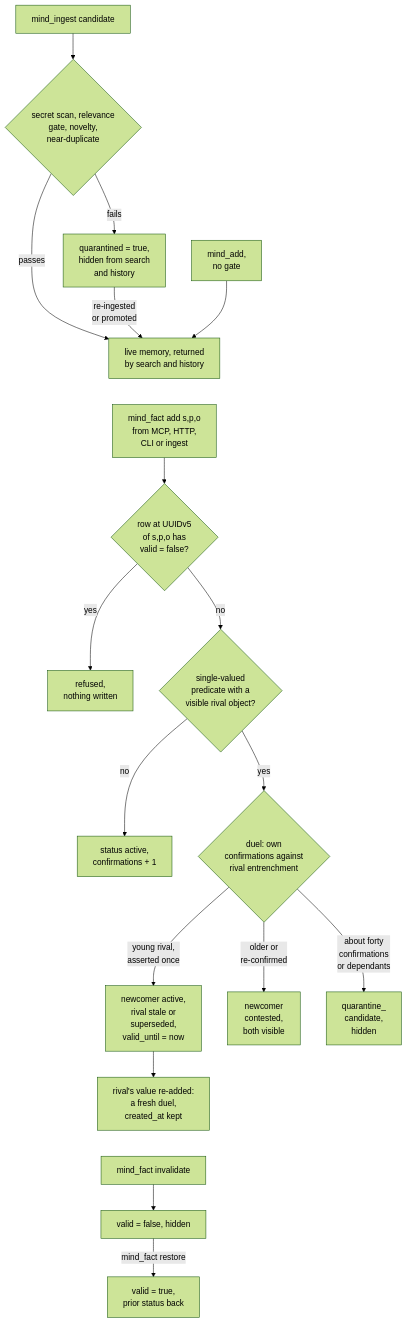
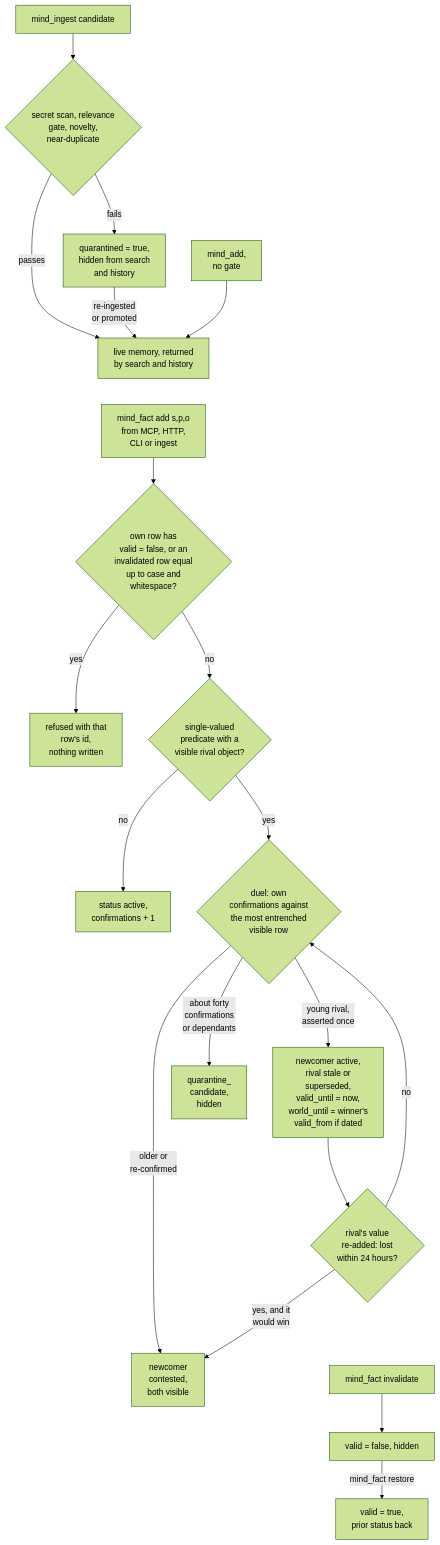
The diagram in content/systems/mgi-mind.md (neoneye/agent-memory-atlas), drawn with Mermaid (forest theme) before and after one commit. The commit also changed other lines of this file and 19 other files, not shown here.

First line of the commit message:
MGI-Mind at a8defc3 (v2.9.0): four named limits closed upstream; the duel can retire its own challenger

````diff
--- a/content/systems/mgi-mind.md
+++ b/content/systems/mgi-mind.md
@@ -119,22 +131,24 @@
 ```mermaid
-%% caption: how a memory and a fact each become current in MGI-Mind, where an invalidated triple is refused, and the path that brings a duel loser back
+%% caption: how a memory and a fact each become current in MGI-Mind, where an invalidated triple or its variant is refused, and the two paths that bring a duel loser back
 flowchart TD
     I["mind_ingest candidate"] --> G{"secret scan, relevance<br/>gate, novelty,<br/>near-duplicate"}
     G -- "passes" --> M["live memory, returned<br/>by search and history"]
     G -- "fails" --> Q["quarantined = true,<br/>hidden from search<br/>and history"]
     Q -- "re-ingested<br/>or promoted" --> M
     A["mind_add,<br/>no gate"] --> M
     M ~~~ F
-    F["mind_fact add s,p,o<br/>from MCP, HTTP,<br/>CLI or ingest"] --> T{"row at UUIDv5<br/>of s,p,o has<br/>valid = false?"}
-    T -- "yes" --> R["refused,<br/>nothing written"]
+    F["mind_fact add s,p,o<br/>from MCP, HTTP,<br/>CLI or ingest"] --> T{"own row has<br/>valid = false, or an<br/>invalidated row equal<br/>up to case and<br/>whitespace?"}
+    T -- "yes" --> R["refused with that<br/>row's id,<br/>nothing written"]
     T -- "no" --> C{"single-valued<br/>predicate with a<br/>visible rival object?"}
     C -- "no" --> ACT["status active,<br/>confirmations + 1"]
-    C -- "yes" --> D{"duel: own<br/>confirmations against<br/>rival entrenchment"}
-    D -- "young rival,<br/>asserted once" --> FLIP["newcomer active,<br/>rival stale or<br/>superseded,<br/>valid_until = now"]
+    C -- "yes" --> D{"duel: own<br/>confirmations against<br/>the most entrenched<br/>visible row"}
+    D -- "young rival,<br/>asserted once" --> FLIP["newcomer active,<br/>rival stale or<br/>superseded,<br/>valid_until = now,<br/>world_until = winner's<br/>valid_from if dated"]
     D -- "older or<br/>re-confirmed" --> CON["newcomer<br/>contested,<br/>both visible"]
     D -- "about forty<br/>confirmations<br/>or dependants" --> QC["quarantine_<br/>candidate,<br/>hidden"]
-    FLIP --> RE["rival's value re-added:<br/>a fresh duel,<br/>created_at kept"]
+    FLIP --> RE{"rival's value<br/>re-added: lost<br/>within 24 hours?"}
+    RE -- "yes, and it<br/>would win" --> CON
+    RE -- "no" --> D
     RE ~~~ INV
     INV["mind_fact invalidate"] --> X["valid = false, hidden"]
     X -- "mind_fact restore" --> RS["valid = true,<br/>prior status back"]
 ```
````
